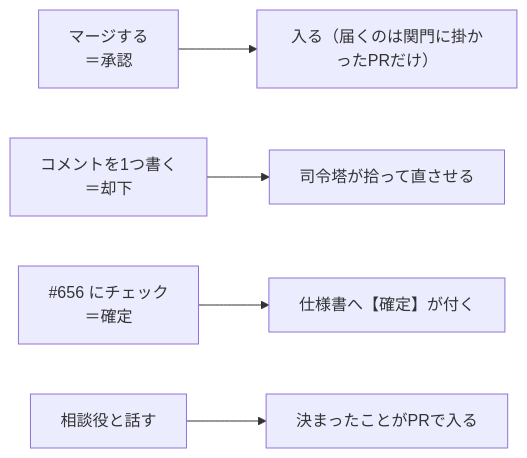
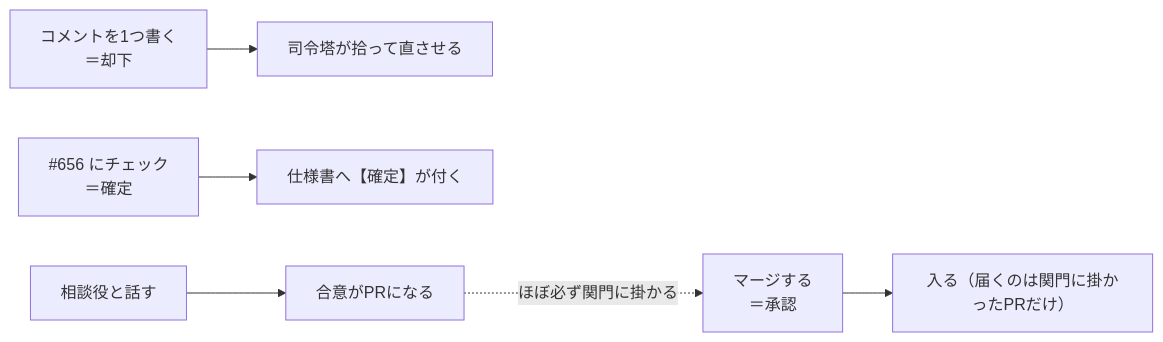
Before and after one commit to gooyyu1/UnmappedIsland: the fourth of 5 diagrams in docs/ParallelAgents.md, drawn with Mermaid. The commit also changed other lines of this file, not shown here.

````diff
--- a/docs/ParallelAgents.md
+++ b/docs/ParallelAgents.md
@@ -190,7 +242,8 @@
 ```mermaid
 flowchart LR
     A["マージする<br/>＝承認"] --> Done["入る（届くのは関門に掛かったPRだけ）"]
     B["コメントを1つ書く<br/>＝却下"] --> Fix["司令塔が拾って直させる"]
     C["#656 にチェック<br/>＝確定"] --> Mark["仕様書へ【確定】が付く"]
-    D["相談役と話す"] --> Decide["決まったことがPRで入る"]
+    D["相談役と話す"] --> Decide["合意がPRになる"]
+    Decide -.->|"ほぼ必ず関門に掛かる"| A
 ```
````
